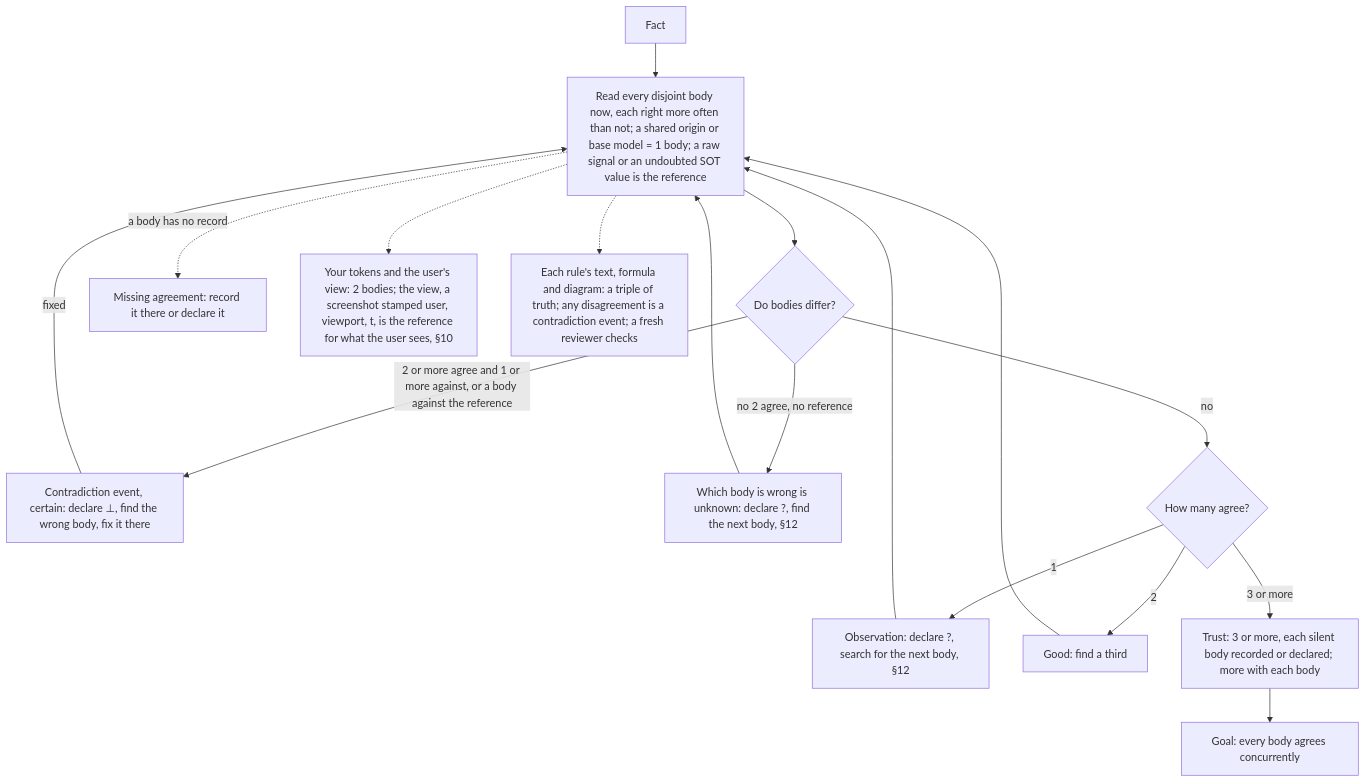
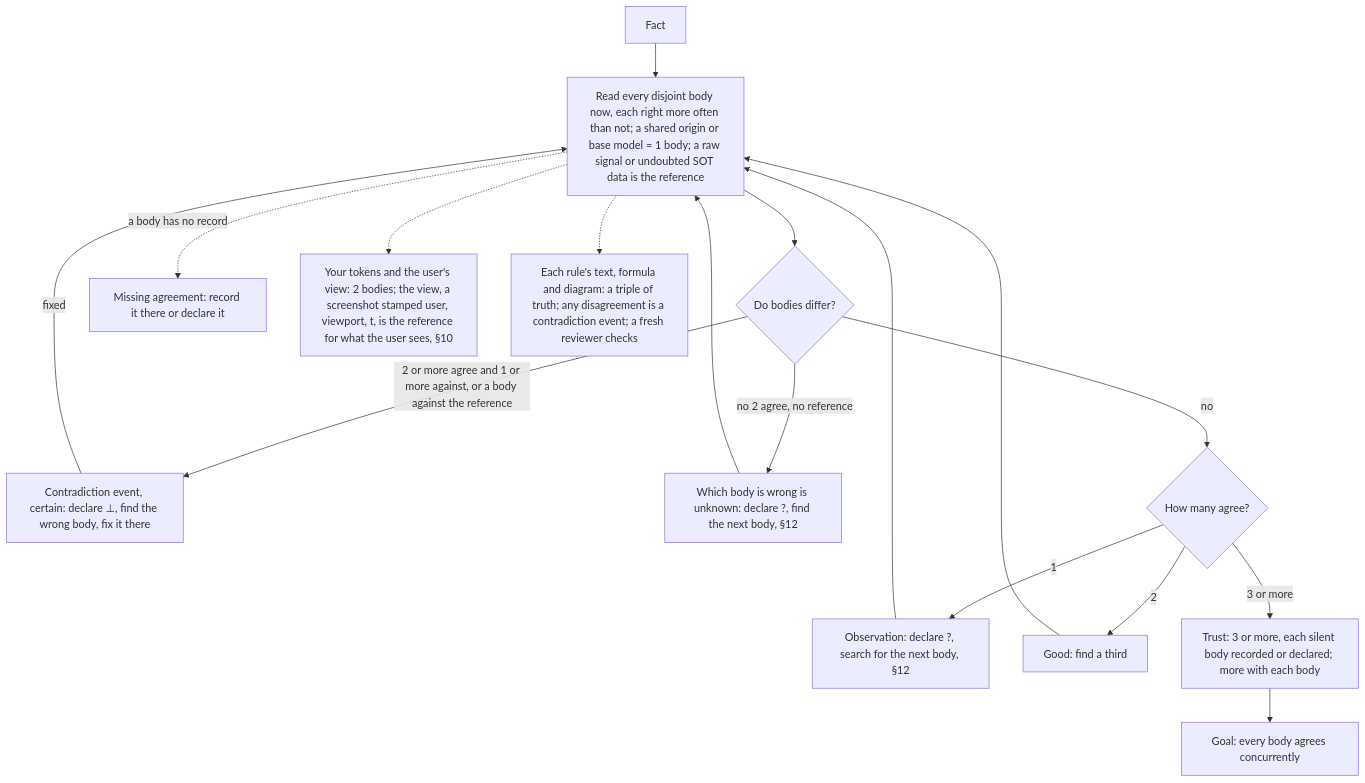
Before and after one commit to SolenixAI/arbiter: diagram 14 of 14 in AGENTS.md, drawn with Mermaid. The commit also changed other lines of this file and 2 other files, not shown here.

Commit message:
fix(agents): noise and tₙ defined; data vs value, score vs rate, one meaning each; frontier is the edge of the known; a terminus is a limit or event; active voice; pointers fixed

````diff
--- a/AGENTS.md
+++ b/AGENTS.md
@@ -550,15 +550,15 @@
 ```mermaid
 flowchart TD
-  F[Fact] --> B["Read every disjoint body now, each right more often than not; a shared origin or base model = 1 body; a raw signal or an undoubted SOT value is the reference"]
+  F[Fact] --> B["Read every disjoint body now, each right more often than not; a shared origin or base model = 1 body; a raw signal or undoubted SOT data is the reference"]
   B --> D{Do bodies differ?}
   D -->|2 or more agree and 1 or more against, or a body against the reference| C["Contradiction event, certain: declare ⊥, find the wrong body, fix it there"] -->|fixed| B
   D -->|no 2 agree, no reference| U["Which body is wrong is unknown: declare ?, find the next body, §12"] --> B
   D -->|no| N{How many agree?}
   N -->|1| O["Observation: declare ?, search for the next body, §12"] --> B
   N -->|2| G[Good: find a third] --> B
   N -->|3 or more| T["Trust: 3 or more, each silent body recorded or declared; more with each body"]
   B -.->|a body has no record| Mi[Missing agreement: record it there or declare it]
   B -.-> TP["Your tokens and the user's view: 2 bodies; the view, a screenshot stamped user, viewport, t, is the reference for what the user sees, §10"]
   B -.-> TR["Each rule's text, formula and diagram: a triple of truth; any disagreement is a contradiction event; a fresh reviewer checks"]
   T --> Goal[Goal: every body agrees concurrently]
 ```
````
